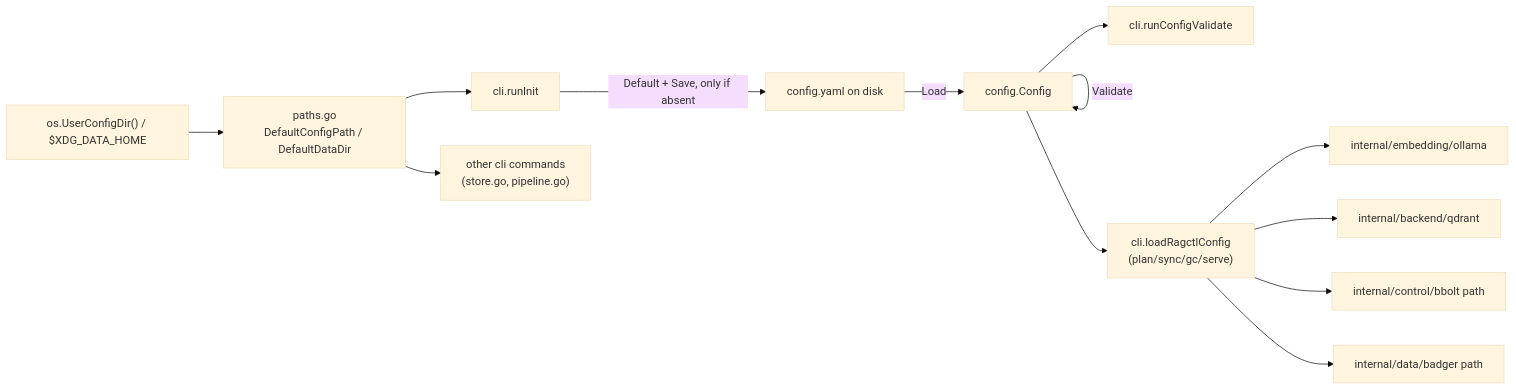
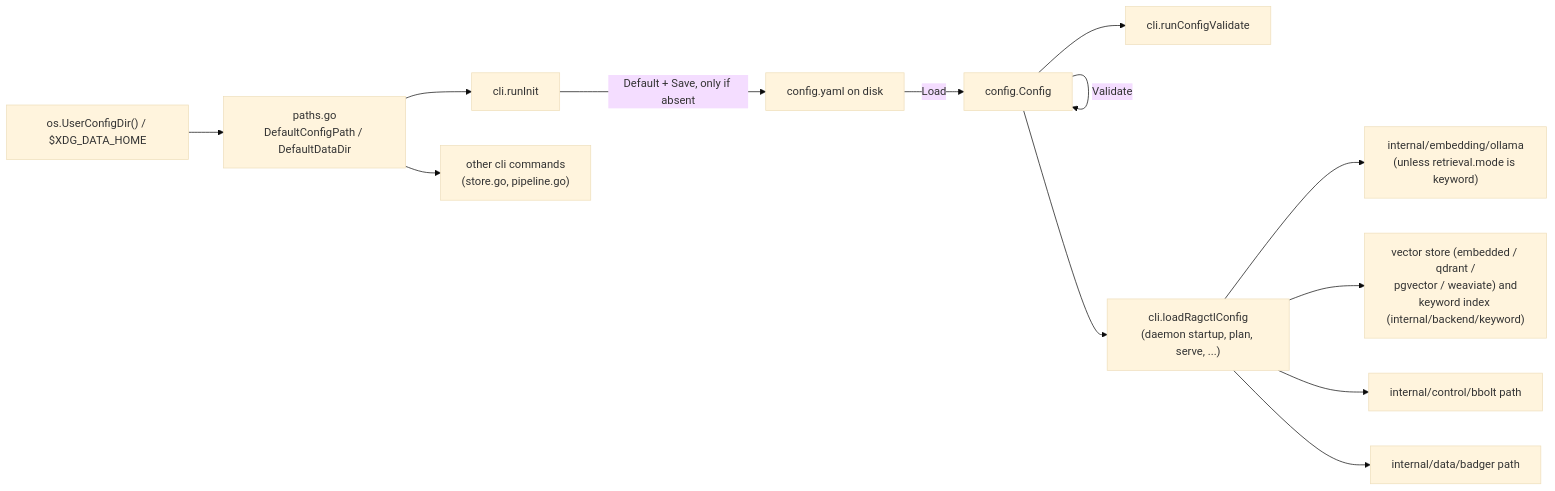
The diagram in docs/internal/config.md (aleutian-ai/depctl), drawn with Mermaid (base theme) before and after one commit. The commit also changed other lines of this file and 114 other files, not shown here.

````diff
--- a/docs/internal/config.md
+++ b/docs/internal/config.md
@@ -27,17 +67,17 @@
 ```mermaid
 flowchart LR
     OS["os.UserConfigDir() / $XDG_DATA_HOME"] --> Paths["paths.go\nDefaultConfigPath / DefaultDataDir"]
     Paths --> Init["cli.runInit"]
     Paths --> OtherCLI["other cli commands\n(store.go, pipeline.go)"]
 
     YAMLFile["config.yaml on disk"] -->|Load| Config["config.Config"]
     Config -->|Validate| Config
     Init -->|Default + Save, only if absent| YAMLFile
 
     Config --> CLIValidate["cli.runConfigValidate"]
-    Config --> Pipeline["cli.loadRagctlConfig\n(plan/sync/gc/serve)"]
-    Pipeline --> Embedding["internal/embedding/ollama"]
-    Pipeline --> Backend["internal/backend/qdrant"]
+    Config --> Pipeline["cli.loadRagctlConfig\n(daemon startup, plan, serve, ...)"]
+    Pipeline --> Embedding["internal/embedding/ollama\n(unless retrieval.mode is keyword)"]
+    Pipeline --> Backend["vector store (embedded / qdrant /\npgvector / weaviate) and\nkeyword index (internal/backend/keyword)"]
     Pipeline --> Control["internal/control/bbolt path"]
     Pipeline --> Data["internal/data/badger path"]
 ```
````
